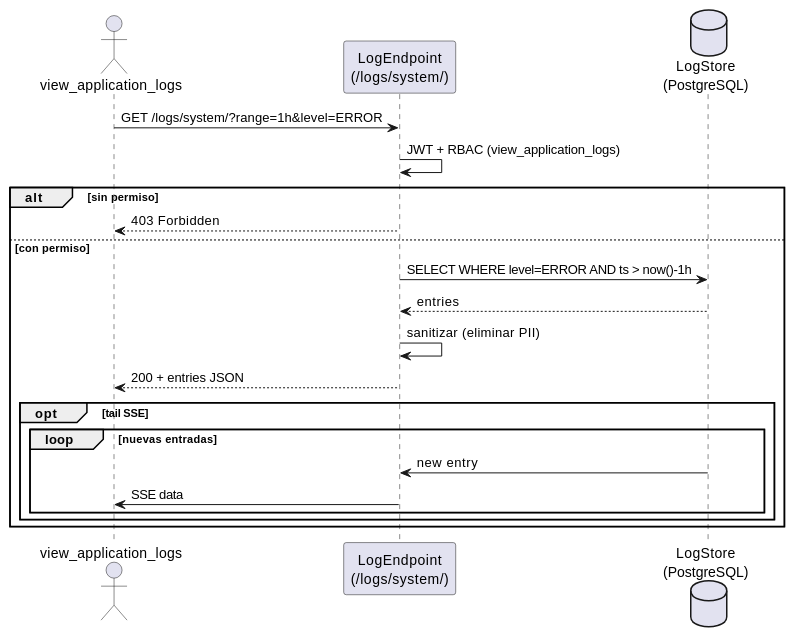
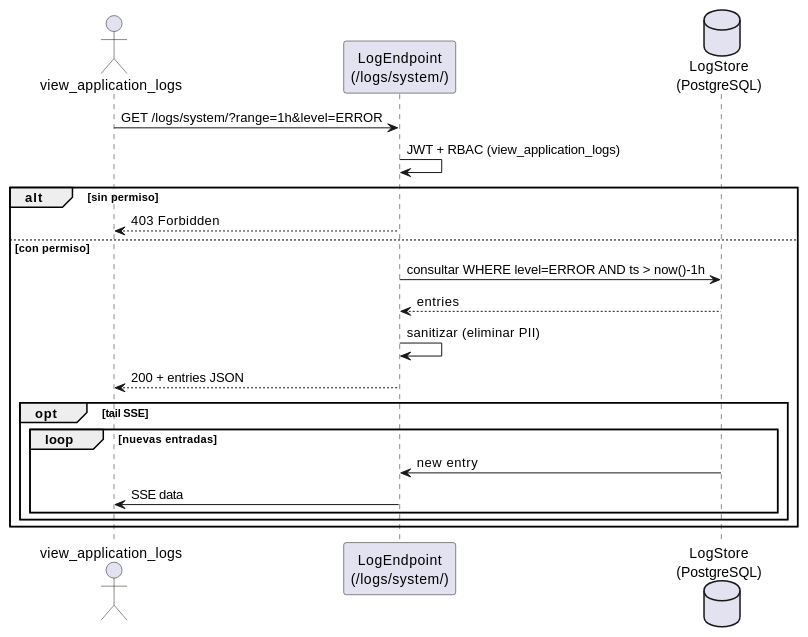
The diagram in source/arquitectura-tecnica/modulos/sys-logs/diagramas/secuencia-consulta-logs-sistema.rst (jcg-admin/IACT-docs), drawn with PlantUML before and after one commit. The commit also changed 48 other files, not shown here.

```diff
--- a/source/arquitectura-tecnica/modulos/sys-logs/diagramas/secuencia-consulta-logs-sistema.rst
+++ b/source/arquitectura-tecnica/modulos/sys-logs/diagramas/secuencia-consulta-logs-sistema.rst
@@ -22,27 +22,27 @@
 .. uml::
  :caption: Secuencia view_application_logs — consulta filtrada con tail SSE opcional.
 
  @startuml
 
  actor "view_application_logs" as view_application_logs
  participant "LogEndpoint\n(/logs/system/)" as Logendpoint
  database "LogStore\n(PostgreSQL)" as Logstore
 
  view_application_logs -> Logendpoint : GET /logs/system/?range=1h&level=ERROR
  Logendpoint -> Logendpoint : JWT + RBAC (view_application_logs)
  alt sin permiso
    Logendpoint --> view_application_logs : 403 Forbidden
  else con permiso
-   Logendpoint -> Logstore : SELECT WHERE level=ERROR AND ts > now()-1h
+   Logendpoint -> Logstore : consultar WHERE level=ERROR AND ts > now()-1h
    Logstore --> Logendpoint : entries
    Logendpoint -> Logendpoint : sanitizar (eliminar PII)
    Logendpoint --> view_application_logs : 200 + entries JSON
    opt tail SSE
      loop nuevas entradas
        Logstore -> Logendpoint : new entry
        Logendpoint -> view_application_logs : SSE data
      end
    end
  end
 
  @enduml
```
